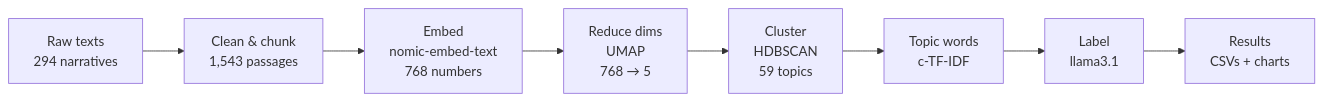
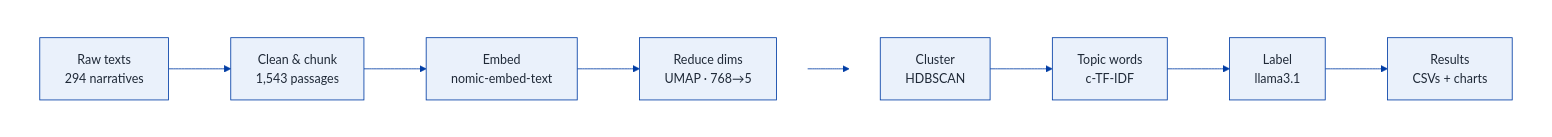
Before and after one commit to jinghanlib/topic-modeling-slave-narratives: the diagram in instructions/01_simple_explanation.qmd, drawn with Mermaid. The commit also changed other lines of this file and 6 other files, not shown here.

Commit message:
Two-row pipeline diagram on slides and website; soften embedding claim

````diff
--- a/instructions/01_simple_explanation.qmd
+++ b/instructions/01_simple_explanation.qmd
@@ -140,10 +140,15 @@
 ```{mermaid}
+%%{init: {'theme': 'base', 'themeVariables': {'fontSize': '15px', 'fontFamily': 'ui-sans-serif, system-ui, sans-serif', 'primaryColor': '#eaf1fb', 'primaryBorderColor': '#003da5', 'primaryTextColor': '#1f2937', 'lineColor': '#003da5'}}}%%
 flowchart LR
-    A["Raw texts\n294 narratives"] --> B["Clean & chunk\n1,543 passages"]
-    B --> C["Embed\nnomic-embed-text\n768 numbers"]
-    C --> D["Reduce dims\nUMAP\n768 → 5"]
-    D --> E["Cluster\nHDBSCAN\n59 topics"]
-    E --> F["Topic words\nc-TF-IDF"]
-    F --> G["Label\nllama3.1"]
-    G --> H["Results\nCSVs + charts"]
+    subgraph top[" "]
+        direction LR
+        A["Raw texts\n294 narratives"] --> B["Clean & chunk\n1,543 passages"] --> C["Embed\nnomic-embed-text"] --> D["Reduce dims\nUMAP · 768→5"]
+    end
+    subgraph bottom[" "]
+        direction LR
+        E["Cluster\nHDBSCAN"] --> F["Topic words\nc-TF-IDF"] --> G["Label\nllama3.1"] --> H["Results\nCSVs + charts"]
+    end
+    D --> E
+    style top fill:none,stroke:none
+    style bottom fill:none,stroke:none
 ```
````
